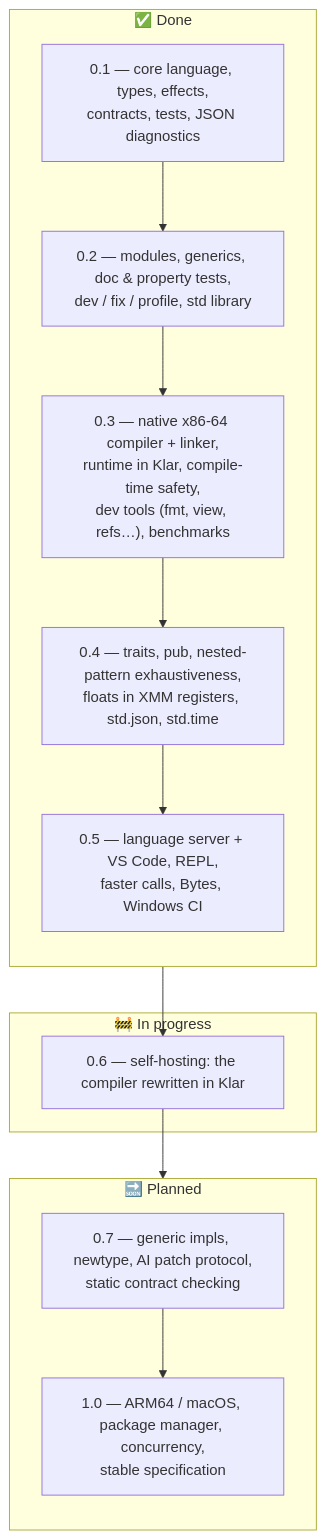
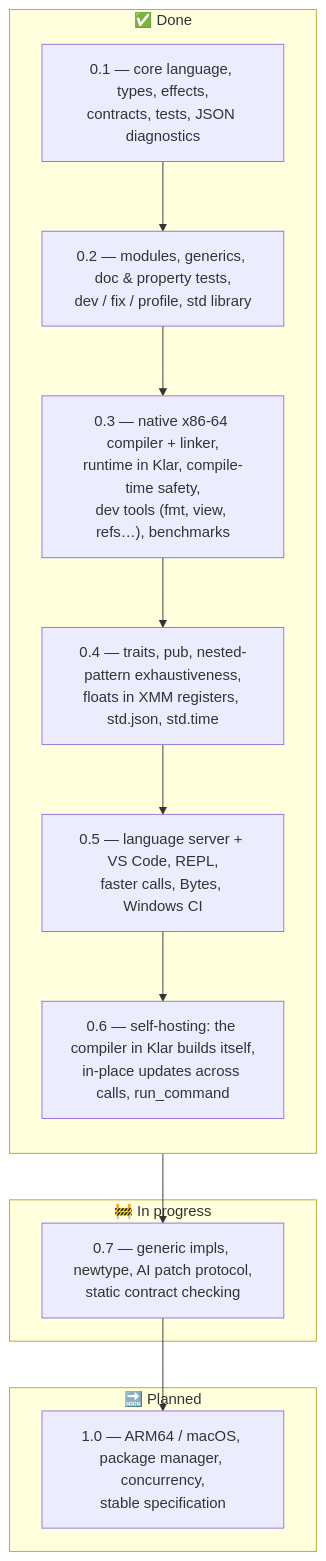
Before and after one commit to veosett/Klar: the second of 2 diagrams in README.md, drawn with Mermaid. The commit also changed other lines of this file and 6 other files, not shown here.

First line of the commit message:
Release 0.6.0: self-hosting

````diff
--- a/README.md
+++ b/README.md
@@ -158,22 +158,20 @@
 ```mermaid
 flowchart TB
     subgraph done["✅ Done"]
         direction TB
         v01["0.1 — core language, types, effects,<br/>contracts, tests, JSON diagnostics"]
         v02["0.2 — modules, generics, doc &amp; property tests,<br/>dev / fix / profile, std library"]
         v03["0.3 — native x86-64 compiler + linker,<br/>runtime in Klar, compile-time safety,<br/>dev tools (fmt, view, refs…), benchmarks"]
         v04["0.4 — traits, pub, nested-pattern exhaustiveness,<br/>floats in XMM registers, std.json, std.time"]
         v05["0.5 — language server + VS Code, REPL,<br/>faster calls, Bytes, Windows CI"]
-        v01 --> v02 --> v03 --> v04 --> v05
+        v06["0.6 — self-hosting: the compiler in Klar builds itself,<br/>in-place updates across calls, run_command"]
+        v01 --> v02 --> v03 --> v04 --> v05 --> v06
     end
     subgraph now["🚧 In progress"]
-        v06["0.6 — self-hosting: the compiler rewritten in Klar"]
+        v07["0.7 — generic impls, newtype, AI patch protocol,<br/>static contract checking"]
     end
     subgraph next["🔜 Planned"]
-        direction TB
-        v07["0.7 — generic impls, newtype, AI patch protocol,<br/>static contract checking"]
         v10["1.0 — ARM64 / macOS, package manager, concurrency,<br/>stable specification"]
-        v07 --> v10
     end
-    v05 --> v06 --> v07
+    v06 --> v07 --> v10
 ```
````
